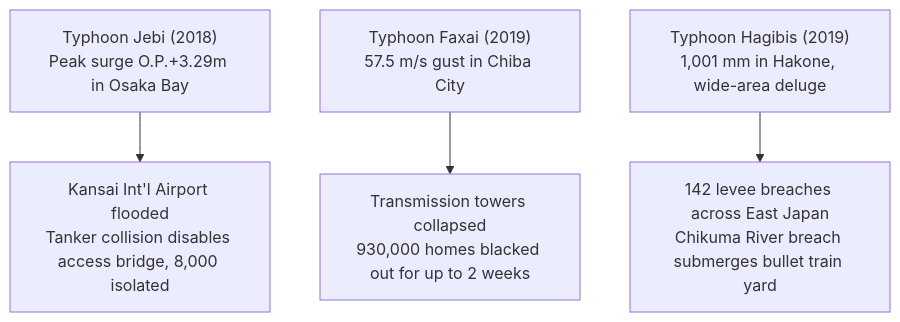
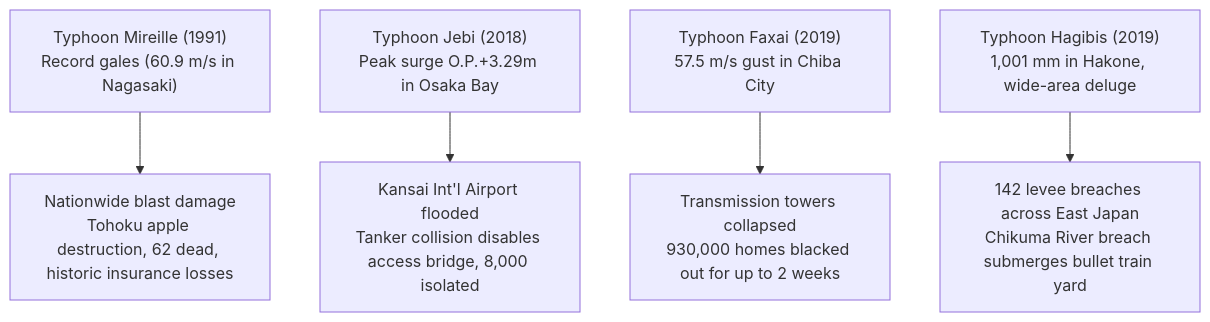
The eighth of 11 diagrams in content/post/typhoon-meteorology-mechanisms-historic-disasters-guide/index.en.md (kenjinote/blog), drawn with Mermaid before and after one commit. The commit also changed other lines of this file and 11 other files, not shown here.

````diff
--- a/content/post/typhoon-meteorology-mechanisms-historic-disasters-guide/index.en.md
+++ b/content/post/typhoon-meteorology-mechanisms-historic-disasters-guide/index.en.md
@@ -179,6 +238,7 @@
 ```mermaid
 flowchart TD
+    M1["Typhoon Mireille (1991)<br/>Record gales (60.9 m/s in Nagasaki)"] --> M2["Nationwide blast damage<br/>Tohoku apple destruction, 62 dead, historic insurance losses"]
     J1["Typhoon Jebi (2018)<br/>Peak surge O.P.+3.29m in Osaka Bay"] --> J2["Kansai Int'l Airport flooded<br/>Tanker collision disables access bridge, 8,000 isolated"]
     F1["Typhoon Faxai (2019)<br/>57.5 m/s gust in Chiba City"] --> F2["Transmission towers collapsed<br/>930,000 homes blacked out for up to 2 weeks"]
     H1["Typhoon Hagibis (2019)<br/>1,001 mm in Hakone, wide-area deluge"] --> H2["142 levee breaches across East Japan<br/>Chikuma River breach submerges bullet train yard"]
 ```
````
